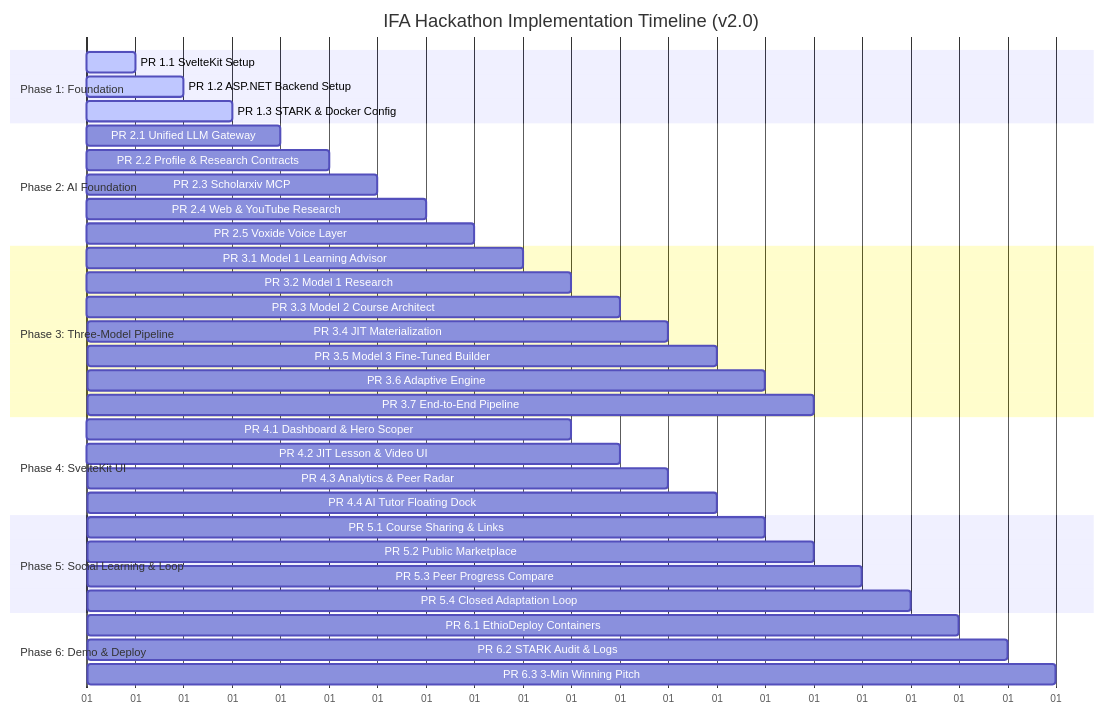
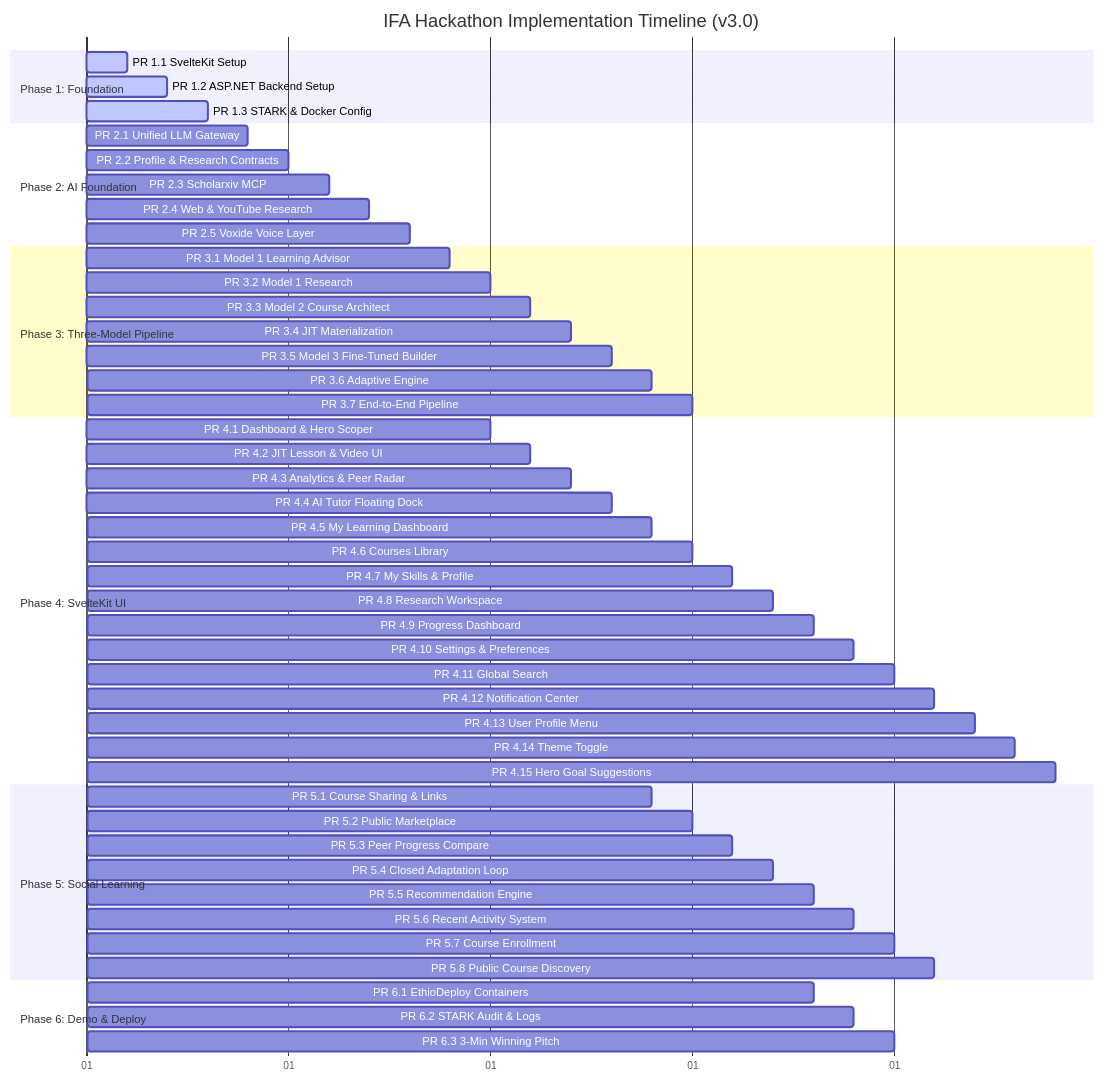
One commit to NathnelTK/IFA-AI changed the third of 3 diagrams in IFA_AI_Learning_Companion_Implementation_Plan_v3.md. Above: the diagram before and after it, drawn with Mermaid. The commit also changed other lines of this file and 4 other files, not shown here.

````diff
--- a/IFA_AI_Learning_Companion_Implementation_Plan_v3.md
+++ b/IFA_AI_Learning_Companion_Implementation_Plan_v3.md
@@ -249,38 +249,53 @@
 ```mermaid
 gantt
-    title IFA Hackathon Implementation Timeline (v2.0)
+    title IFA Hackathon Implementation Timeline (v3.0)
     dateFormat  X
     axisFormat %d
     section Phase 1: Foundation
     PR 1.1 SvelteKit Setup        :active, 0, 1
     PR 1.2 ASP.NET Backend Setup  :active, 1, 2
     PR 1.3 STARK & Docker Config  :active, 2, 3
     section Phase 2: AI Foundation
     PR 2.1 Unified LLM Gateway    :3, 4
     PR 2.2 Profile & Research Contracts :4, 5
     PR 2.3 Scholarxiv MCP         :5, 6
     PR 2.4 Web & YouTube Research :6, 7
     PR 2.5 Voxide Voice Layer     :7, 8
     section Phase 3: Three-Model Pipeline
     PR 3.1 Model 1 Learning Advisor :8, 9
     PR 3.2 Model 1 Research       :9, 10
     PR 3.3 Model 2 Course Architect :10, 11
     PR 3.4 JIT Materialization    :11, 12
     PR 3.5 Model 3 Fine-Tuned Builder :12, 13
     PR 3.6 Adaptive Engine        :13, 14
     PR 3.7 End-to-End Pipeline    :14, 15
     section Phase 4: SvelteKit UI
     PR 4.1 Dashboard & Hero Scoper:9, 10
     PR 4.2 JIT Lesson & Video UI  :10, 11
     PR 4.3 Analytics & Peer Radar :11, 12
     PR 4.4 AI Tutor Floating Dock :12, 13
-    section Phase 5: Social Learning & Loop
+    PR 4.5 My Learning Dashboard  :13, 14
+    PR 4.6 Courses Library        :14, 15
+    PR 4.7 My Skills & Profile   :15, 16
+    PR 4.8 Research Workspace     :16, 17
+    PR 4.9 Progress Dashboard     :17, 18
+    PR 4.10 Settings & Preferences :18, 19
+    PR 4.11 Global Search        :19, 20
+    PR 4.12 Notification Center   :20, 21
+    PR 4.13 User Profile Menu     :21, 22
+    PR 4.14 Theme Toggle         :22, 23
+    PR 4.15 Hero Goal Suggestions :23, 24
+    section Phase 5: Social Learning
     PR 5.1 Course Sharing & Links :13, 14
     PR 5.2 Public Marketplace     :14, 15
     PR 5.3 Peer Progress Compare  :15, 16
     PR 5.4 Closed Adaptation Loop :16, 17
+    PR 5.5 Recommendation Engine  :17, 18
+    PR 5.6 Recent Activity System :18, 19
+    PR 5.7 Course Enrollment      :19, 20
+    PR 5.8 Public Course Discovery :20, 21
     section Phase 6: Demo & Deploy
     PR 6.1 EthioDeploy Containers :17, 18
     PR 6.2 STARK Audit & Logs     :18, 19
     PR 6.3 3-Min Winning Pitch    :19, 20
 ```
````
